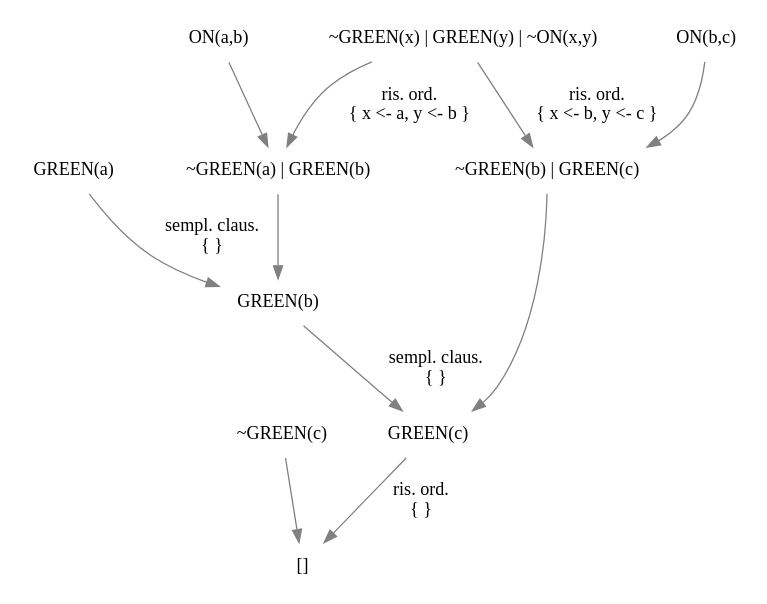
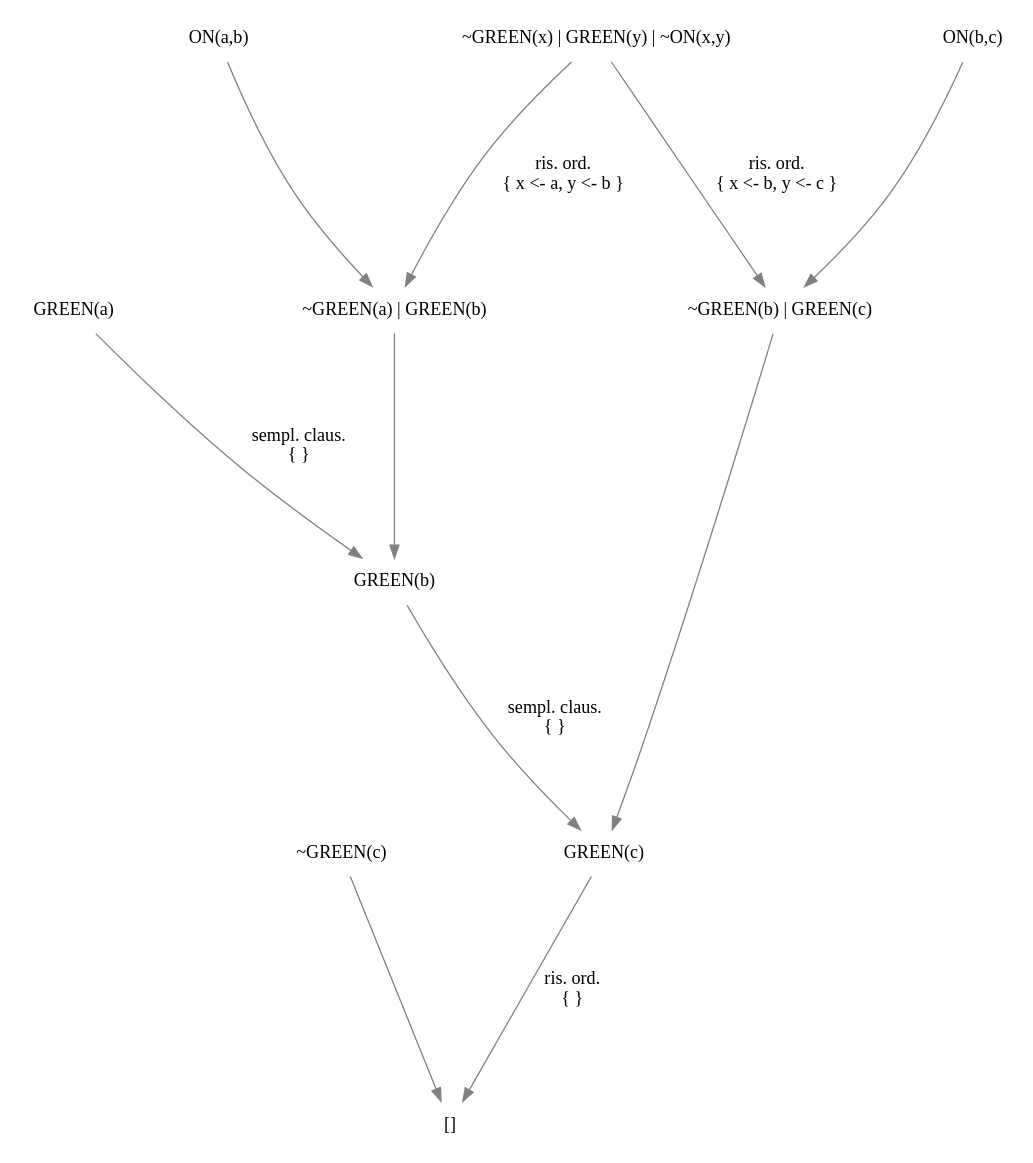
One commit to agottoli/Theory-Prover changed the diagram in DOTfile/prova.dot. Above: the diagram before and after it, drawn with Graphviz. The commit also changed 20 other files, not shown here.

```diff
--- a/DOTfile/prova.dot
+++ b/DOTfile/prova.dot
@@ -1,14 +1,15 @@
 digraph {
+	nodesep="1.5"; ranksep=2;
 	node [shape=plaintext];
 	edge [color=gray];
-	"GREEN(c)" -> "[]" [label="ris. ord.\n{ }"];
-	"GREEN(b)" -> "GREEN(c)" [label="sempl. claus.\n{ }"];
-	"GREEN(a)" -> "GREEN(b)" [label="sempl. claus.\n{ }"];
+	"GREEN(c)" -> "[]" [labelfontcolor=black,labelfontsize="12",label="ris. ord.\n{ }",labeldistance="6"];
+	"GREEN(b)" -> "GREEN(c)" [labelfontcolor=black,labelfontsize="12",label="sempl. claus.\n{ }",labeldistance="6"];
+	"GREEN(a)" -> "GREEN(b)" [labelfontcolor=black,labelfontsize="12",label="sempl. claus.\n{ }",labeldistance="6"];
 	"~GREEN(a) | GREEN(b)" -> "GREEN(b)" ;
-	"~GREEN(x) | GREEN(y) | ~ON(x,y)" -> "~GREEN(a) | GREEN(b)" [label="ris. ord.\n{ x <- a, y <- b }"];
+	"~GREEN(x) | GREEN(y) | ~ON(x,y)" -> "~GREEN(a) | GREEN(b)" [labelfontcolor=black,labelfontsize="12",label="ris. ord.\n{ x <- a, y <- b }",labeldistance="6"];
 	"ON(a,b)" -> "~GREEN(a) | GREEN(b)" ;
 	"~GREEN(b) | GREEN(c)" -> "GREEN(c)" ;
-	"~GREEN(x) | GREEN(y) | ~ON(x,y)" -> "~GREEN(b) | GREEN(c)" [label="ris. ord.\n{ x <- b, y <- c }"];
+	"~GREEN(x) | GREEN(y) | ~ON(x,y)" -> "~GREEN(b) | GREEN(c)" [labelfontcolor=black,labelfontsize="12",label="ris. ord.\n{ x <- b, y <- c }",labeldistance="6"];
 	"ON(b,c)" -> "~GREEN(b) | GREEN(c)" ;
 	"~GREEN(c)" -> "[]" ;
 }
```
